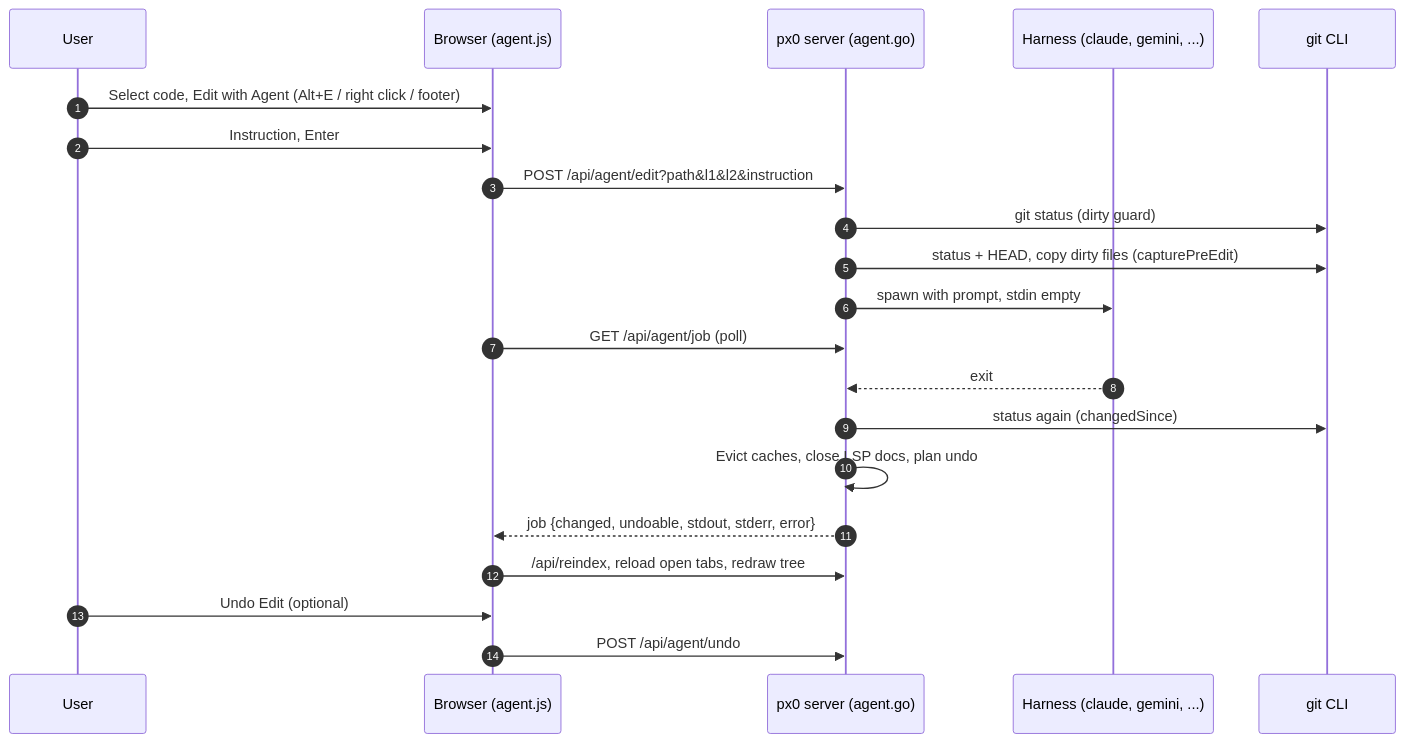
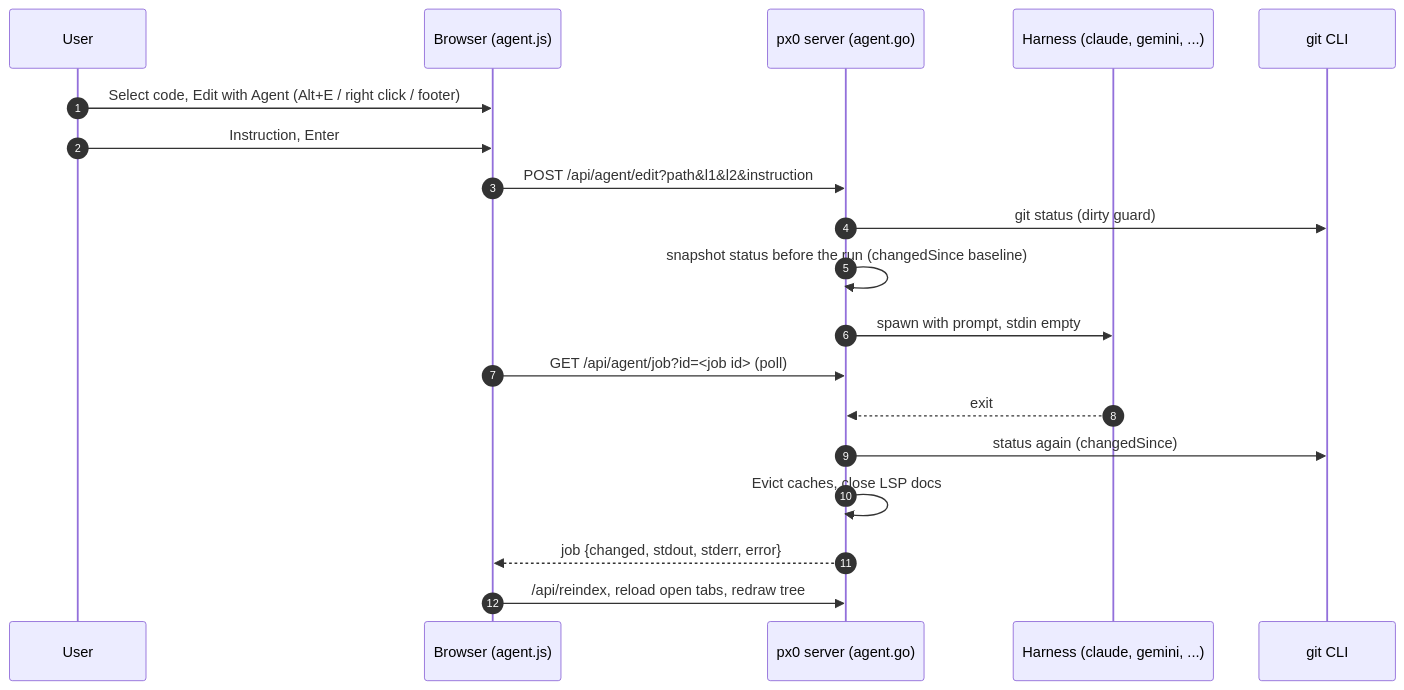
One commit to 0lnp/px0 changed the diagram in docs/internals/agent-editing.md. Above: the diagram before and after it, drawn with Mermaid. The commit also changed other lines of this file and 33 other files, not shown here.

First line of the commit message:
Improve agent compose UX, model discovery, and status bar controls

````diff
--- a/docs/internals/agent-editing.md
+++ b/docs/internals/agent-editing.md
@@ -25,24 +26,22 @@
 ```mermaid
 sequenceDiagram
     autonumber
     participant U as User
     participant UI as Browser (agent.js)
     participant S as px0 server (agent.go)
     participant H as Harness (claude, gemini, ...)
     participant G as git CLI
 
     U->>UI: Select code, Edit with Agent (Alt+E / right click / footer)
     U->>UI: Instruction, Enter
     UI->>S: POST /api/agent/edit?path&l1&l2&instruction
     S->>G: git status (dirty guard)
-    S->>G: status + HEAD, copy dirty files (capturePreEdit)
+    S->>S: snapshot status before the run (changedSince baseline)
     S->>H: spawn with prompt, stdin empty
-    UI->>S: GET /api/agent/job (poll)
+    UI->>S: GET /api/agent/job?id=<job id> (poll)
     H-->>S: exit
     S->>G: status again (changedSince)
-    S->>S: Evict caches, close LSP docs, plan undo
-    S-->>UI: job {changed, undoable, stdout, stderr, error}
+    S->>S: Evict caches, close LSP docs
+    S-->>UI: job {changed, stdout, stderr, error}
     UI->>S: /api/reindex, reload open tabs, redraw tree
-    U->>UI: Undo Edit (optional)
-    UI->>S: POST /api/agent/undo
 ```
````
